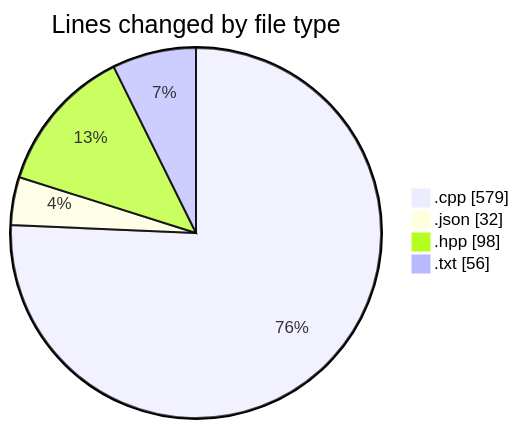
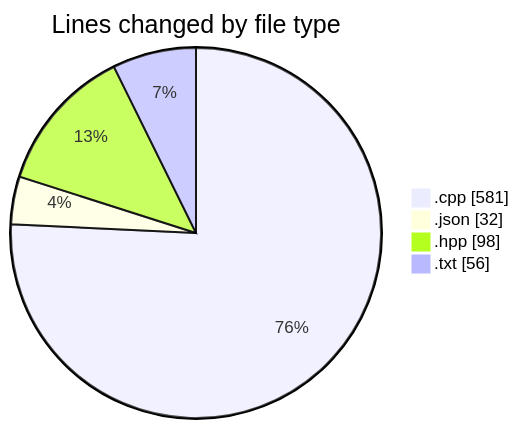
Before and after one commit to Netris89/code-tracking: the first of 2 diagrams in 2025-04-21/echo/README.md, drawn with Mermaid. The commit also changed other lines of this file and 1 other file, not shown here.

````diff
--- a/2025-04-21/echo/README.md
+++ b/2025-04-21/echo/README.md
@@ -25,8 +25,8 @@
 ```mermaid
 pie showData
 title Lines changed by file type
-".cpp" : 579
+".cpp" : 581
 ".json" : 32
 ".hpp" : 98
 ".txt" : 56
 ```
````
